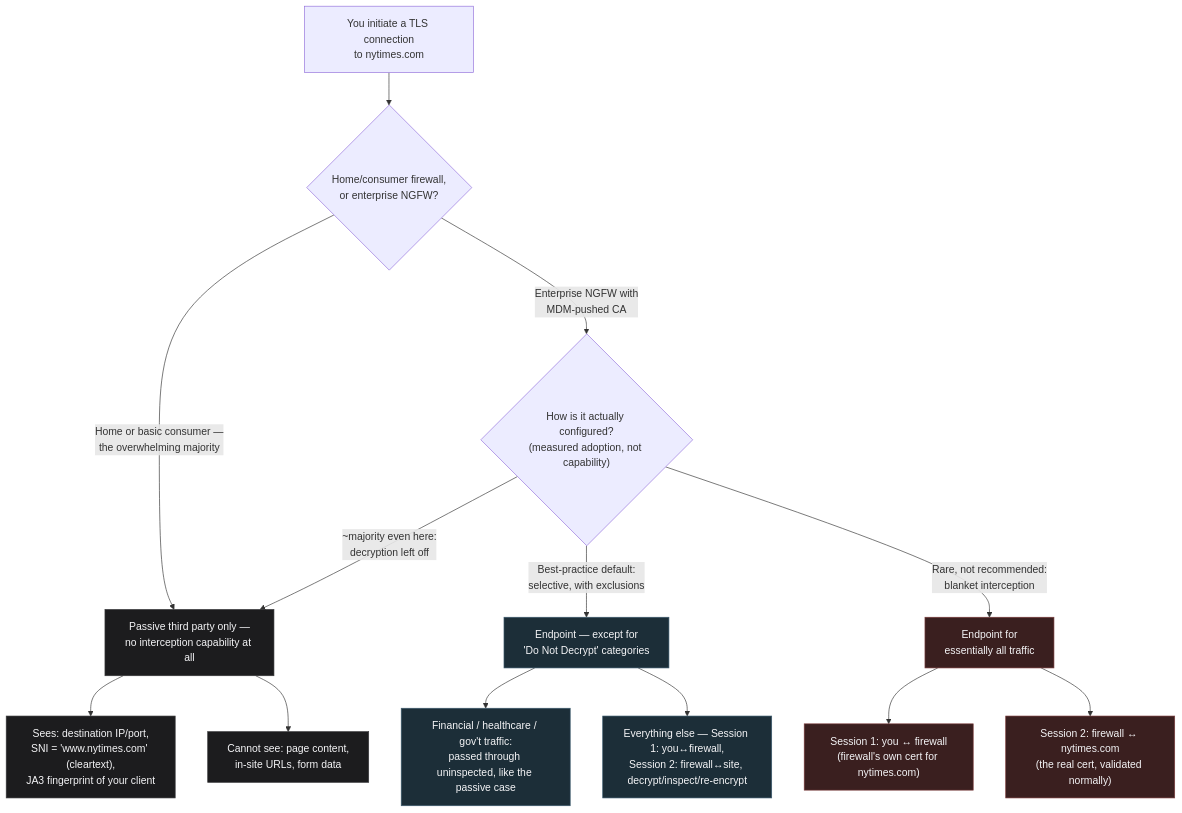
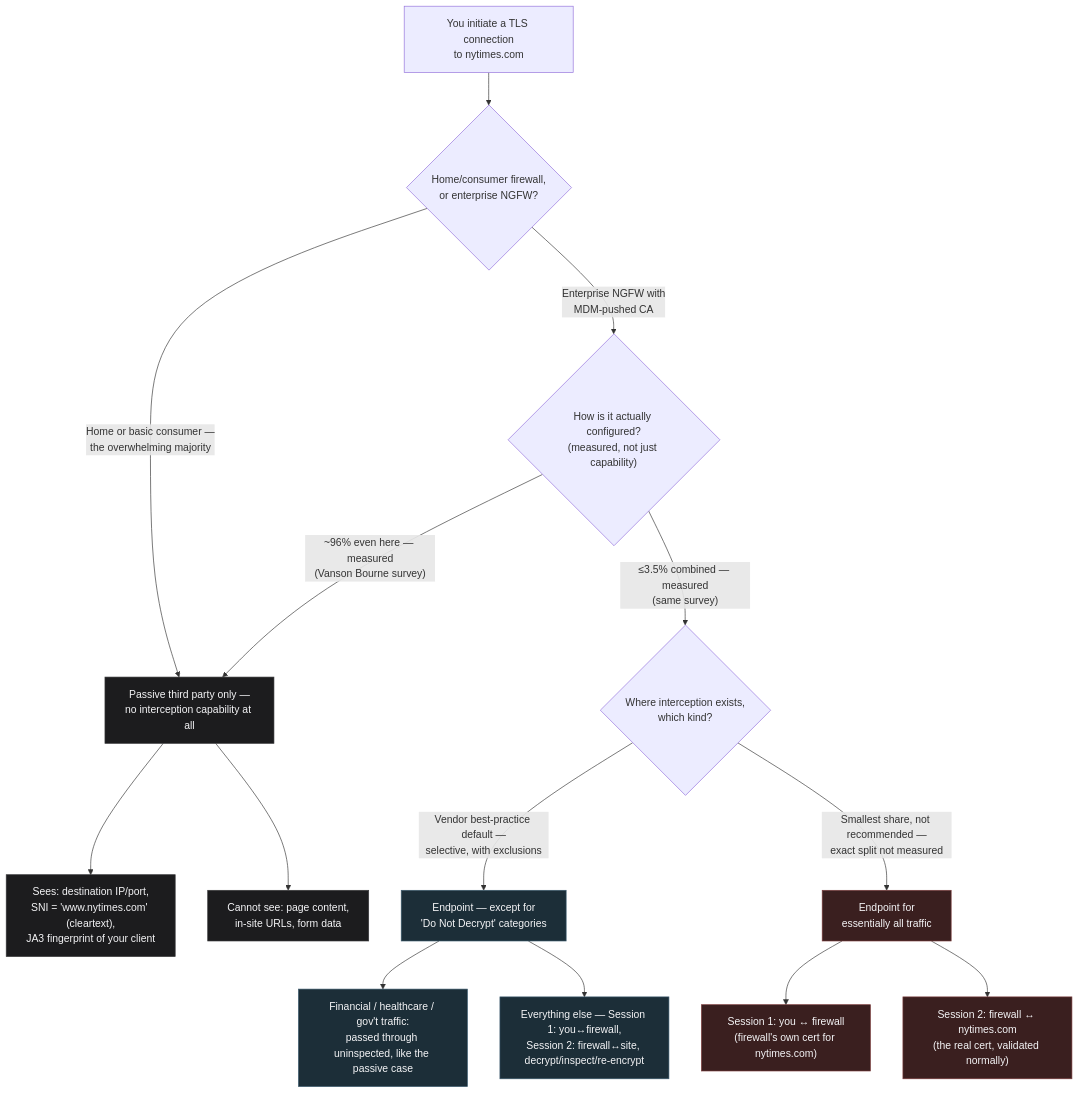
One commit to raceBannon99/The-Nexus changed the diagram in reports/2026-07-23-firewall-tls-visibility.md. Above: the diagram before and after it, drawn with Mermaid. The commit also changed other lines of this file, not shown here.

Commit message:
2026-07-23: Redraw diagram again against fuller Tufte reference set — How Does a Firewall Look At TLS-Encrypted Traffic?

````diff
--- a/reports/2026-07-23-firewall-tls-visibility.md
+++ b/reports/2026-07-23-firewall-tls-visibility.md
@@ -106,26 +109,28 @@
 ```mermaid
 flowchart TD
     A["You initiate a TLS connection<br/>to nytimes.com"] --> B{"Home/consumer firewall,<br/>or enterprise NGFW?"}
 
     B -->|"Home or basic consumer —<br/>the overwhelming majority"| C["Passive third party only —<br/>no interception capability at all"]
     C --> C1["Sees: destination IP/port,<br/>SNI = 'www.nytimes.com' (cleartext),<br/>JA3 fingerprint of your client"]
     C --> C2["Cannot see: page content,<br/>in-site URLs, form data"]
 
-    B -->|"Enterprise NGFW with<br/>MDM-pushed CA"| E{"How is it actually configured?<br/>(measured adoption, not capability)"}
+    B -->|"Enterprise NGFW with<br/>MDM-pushed CA"| E{"How is it actually configured?<br/>(measured, not just capability)"}
 
-    E -->|"~majority even here:<br/>decryption left off"| C
-    E -->|"Best-practice default:<br/>selective, with exclusions"| F["Endpoint — except for<br/>'Do Not Decrypt' categories"]
-    E -->|"Rare, not recommended:<br/>blanket interception"| G["Endpoint for<br/>essentially all traffic"]
+    E -->|"~96% even here — measured<br/>(Vanson Bourne survey)"| C
+    E -->|"&le;3.5% combined — measured<br/>(same survey)"| H{"Where interception exists,<br/>which kind?"}
+
+    H -->|"Vendor best-practice default —<br/>selective, with exclusions"| F["Endpoint — except for<br/>'Do Not Decrypt' categories"]
+    H -->|"Smallest share, not recommended —<br/>exact split not measured"| G["Endpoint for<br/>essentially all traffic"]
 
     F --> F1["Financial / healthcare / gov't traffic:<br/>passed through uninspected, like the passive case"]
     F --> F2["Everything else — Session 1: you&harr;firewall,<br/>Session 2: firewall&harr;site, decrypt/inspect/re-encrypt"]
     G --> G1["Session 1: you &harr; firewall<br/>(firewall's own cert for nytimes.com)"]
     G --> G2["Session 2: firewall &harr; nytimes.com<br/>(the real cert, validated normally)"]
 
     classDef passive fill:#1c1c1e,stroke:#38383a,color:#f5f5f7;
     classDef selective fill:#1c2e38,stroke:#3b5a6e,color:#f5f5f7;
     classDef blanket fill:#3a1f1f,stroke:#7a3b3b,color:#f5f5f7;
     class C,C1,C2 passive;
     class F,F1,F2 selective;
     class G,G1,G2 blanket;
 ```
````
